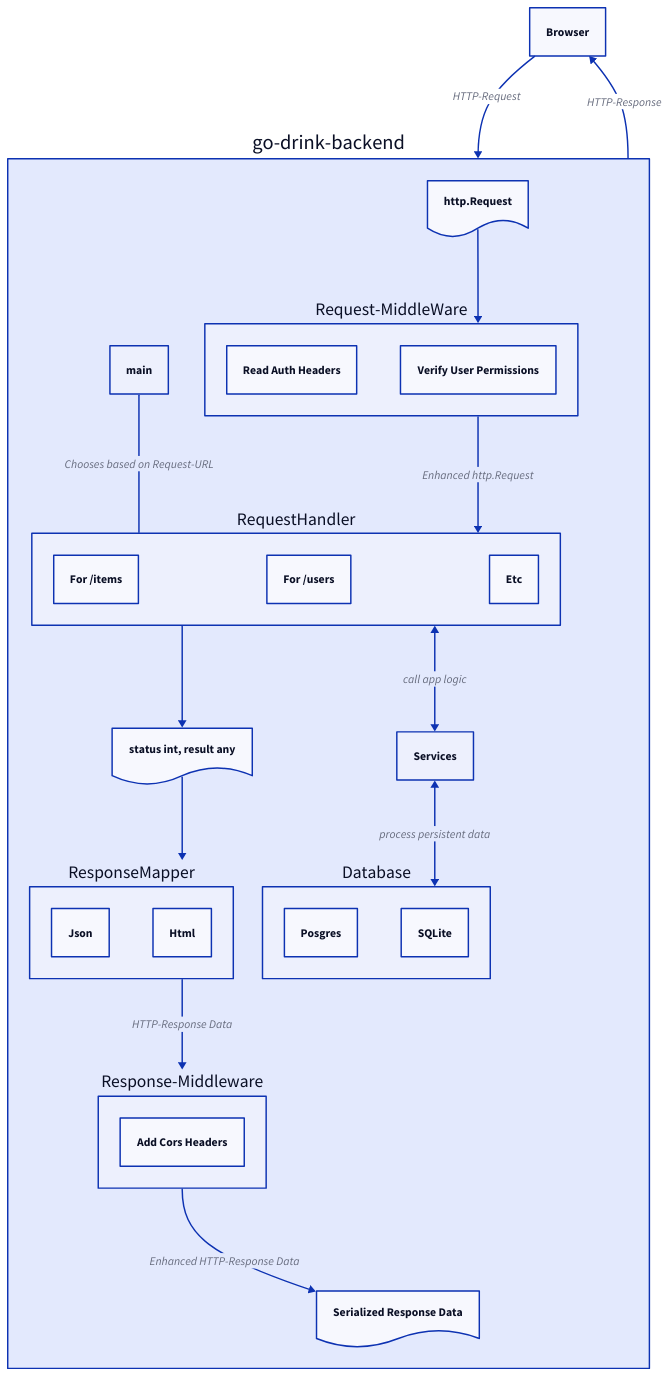
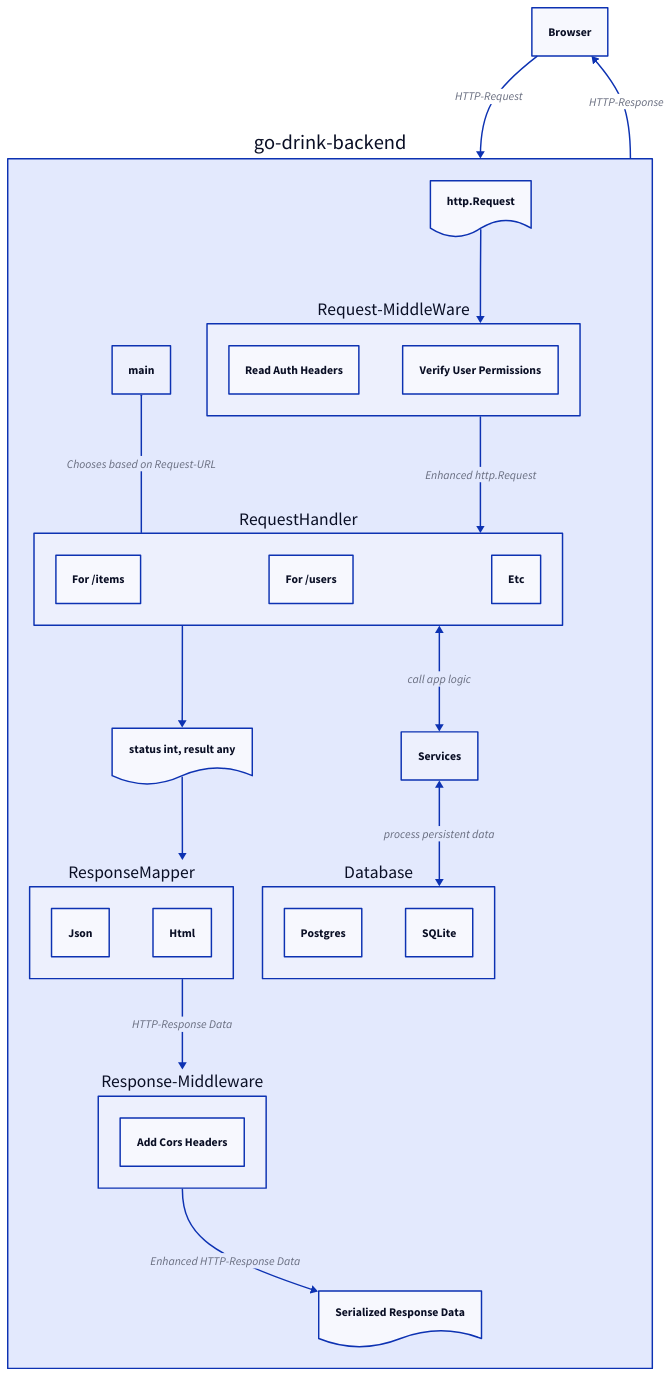
One commit to Port39/go-drink changed the diagram in docs/backend-architecture.d2. Above: the diagram before and after it, drawn with D2. The commit also changed 13 other files, not shown here.

```diff
--- a/docs/backend-architecture.d2
+++ b/docs/backend-architecture.d2
@@ -1,63 +1,63 @@
 Browser --> go-drink-backend: HTTP-Request
 
 go-drink-backend: {
 
 
   Request: http.Request {
     shape: document
   }
 
   Response: status int, result any {
     shape: document
   }
   
   HttpResponse: Serialized Response Data {
     shape: document
   }
 
   main -- RequestHandler: Chooses based on Request-URL
   RequestHandler: {
     For /items
     For /users
     Etc
   }
 
   ResponseMapper: {
     Json
     Html
   }
 
   Request-MiddleWare: {
     Read Auth Headers
     Verify User Permissions
   }
 
   RequestHandler <--> Services: call app logic
   Services: {
   }
 
   Services <--> Database: process persistent data 
   Database: {
-    Posgres
+    Postgres
     SQLite
   }
 
   Response-Middleware: {
     Add Cors Headers
   }
 
 
   Request --> Request-MiddleWare
   Request-MiddleWare --> RequestHandler: Enhanced http.Request
   RequestHandler --> Response 
   Response --> ResponseMapper 
   ResponseMapper --> Response-Middleware: HTTP-Response Data
   Response-Middleware --> HttpResponse: Enhanced HTTP-Response Data
 
 }
 
 
 
 
 
 go-drink-backend --> Browser: HTTP-Response
```
